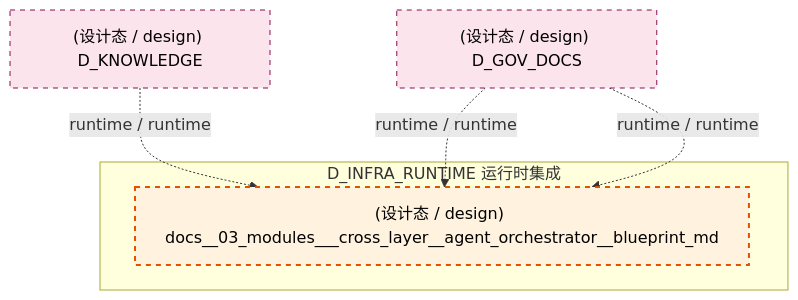
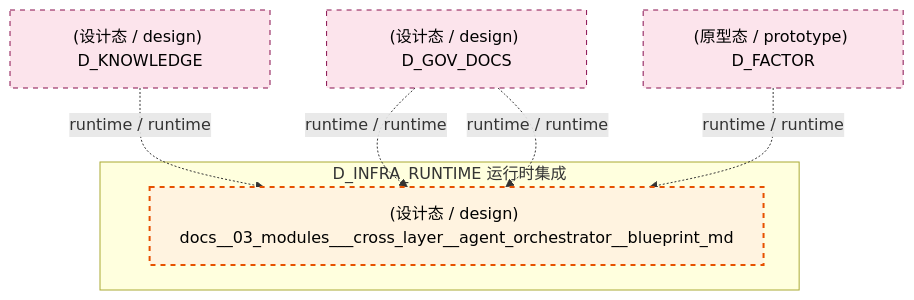
The eighth of 10 diagrams in docs/02_enterprise_architecture/02_domain_architecture_docs/04_d_infra_runtime.md (xuanFelixVan/ZephyrAlpha), drawn with Mermaid before and after one commit. The commit also changed other lines of this file and 80 other files, not shown here.

````diff
--- a/docs/02_enterprise_architecture/02_domain_architecture_docs/04_d_infra_runtime.md
+++ b/docs/02_enterprise_architecture/02_domain_architecture_docs/04_d_infra_runtime.md
@@ -1035,17 +1037,19 @@
 ```mermaid
 graph TD
     subgraph D_INFRA_RUNTIME["D_INFRA_RUNTIME 运行时集成"]
         docs_03_modules_cross_layer_agent_orchestrator_blueprint_md["(设计态 / design) docs__03_modules___cross_layer__agent_orchestrator__blueprint_md"]
     end
     D_KNOWLEDGE["(设计态 / design) D_KNOWLEDGE"]
     D_KNOWLEDGE -.->|runtime / runtime| docs_03_modules_cross_layer_agent_orchestrator_blueprint_md
     D_GOV_DOCS["(设计态 / design) D_GOV_DOCS"]
     D_GOV_DOCS -.->|runtime / runtime| docs_03_modules_cross_layer_agent_orchestrator_blueprint_md
     D_GOV_DOCS -.->|runtime / runtime| docs_03_modules_cross_layer_agent_orchestrator_blueprint_md
+    D_FACTOR["(原型态 / prototype) D_FACTOR"]
+    D_FACTOR -.->|runtime / runtime| docs_03_modules_cross_layer_agent_orchestrator_blueprint_md
     classDef production fill:#e1f5fe,stroke:#01579b,stroke-width:2px,color:#000
     classDef design fill:#fff3e0,stroke:#e65100,stroke-width:2px,color:#000,stroke-dasharray: 5 5
     classDef external_prod fill:#e8f5e9,stroke:#1b5e20,stroke-width:1px,color:#000
     classDef external_design fill:#fce4ec,stroke:#880e4f,stroke-width:1px,color:#000,stroke-dasharray: 5 5
     class docs_03_modules_cross_layer_agent_orchestrator_blueprint_md design
-    class D_KNOWLEDGE,D_GOV_DOCS external_design
+    class D_KNOWLEDGE,D_GOV_DOCS,D_FACTOR external_design
 ```
````
